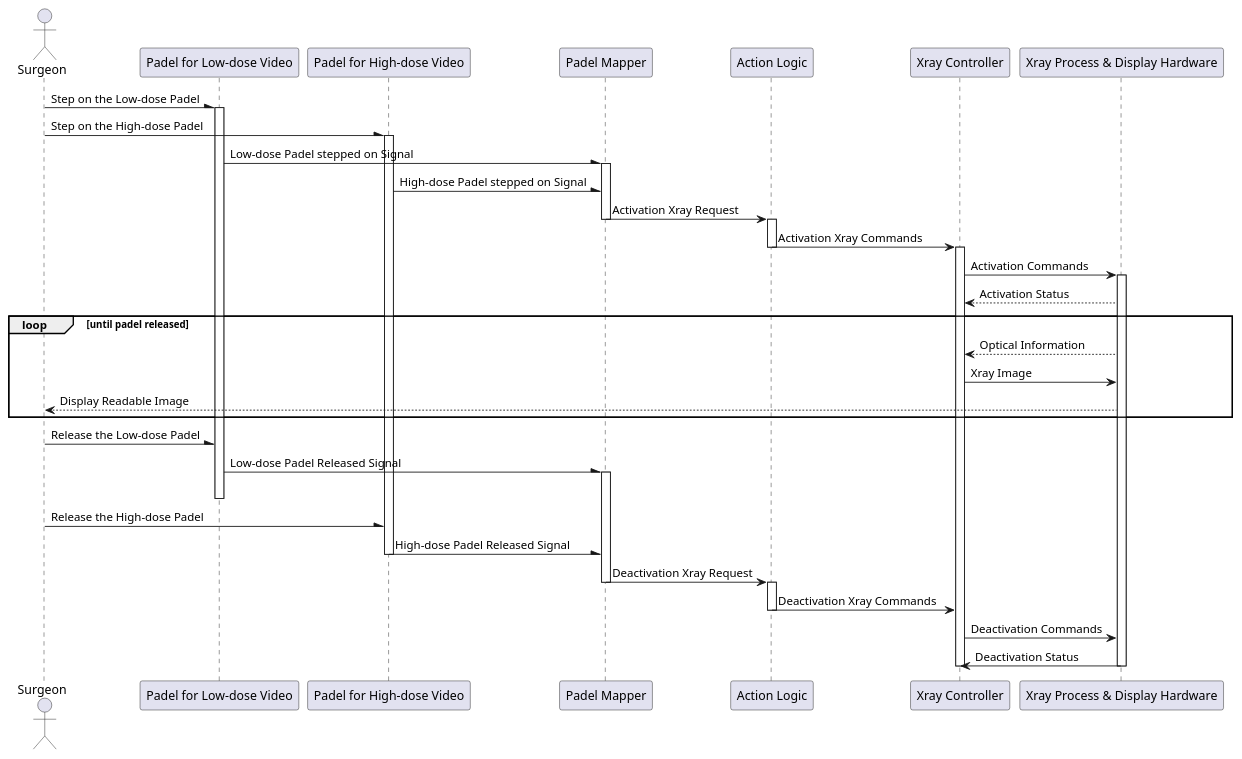
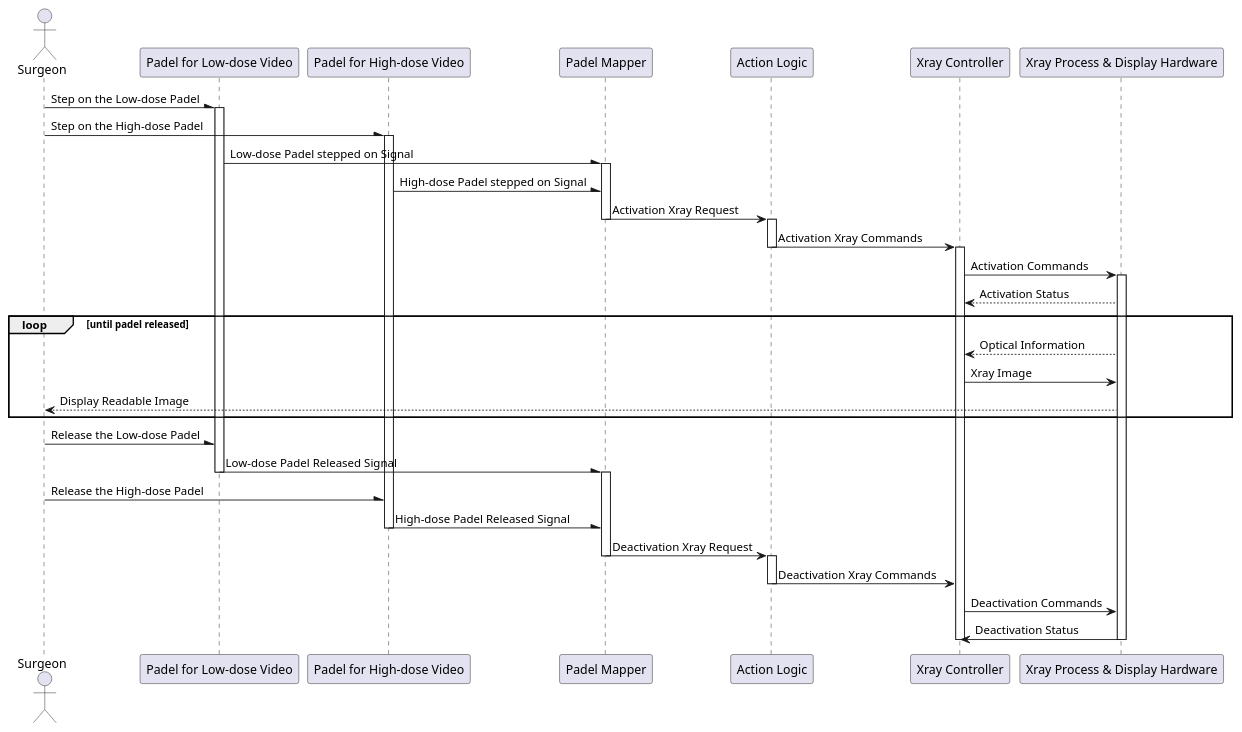
One commit to JCLLi/Software-System-Traning changed the diagram in sequence-pedal-2/src.puml. Above: the diagram before and after it, drawn with PlantUML. The commit also changed 6 other files, not shown here.

```diff
--- a/sequence-pedal-2/src.puml
+++ b/sequence-pedal-2/src.puml
@@ -1,59 +1,60 @@
 @startuml
 actor "Surgeon" as doctor
 participant "Padel for Low-dose Video" as padel1
 participant "Padel for High-dose Video" as padel2
 participant "Padel Mapper" as mapper
 participant "Action Logic" as logic
 participant "Xray Controller" as controller
 participant "Xray Process & Display Hardware" as rest
 
 doctor -\ padel1 : Step on the Low-dose Padel
 activate padel1
 doctor -\ padel2 : Step on the High-dose Padel
 activate padel2
 
 padel1 -\ mapper : Low-dose Padel stepped on Signal
 activate mapper
 padel2 -\ mapper : High-dose Padel stepped on Signal
 
 mapper -> logic : Activation Xray Request
 deactivate mapper
 activate logic
 
 logic -> controller : Activation Xray Commands
 deactivate logic
 activate controller
 
 controller -> rest : Activation Commands
 activate rest
 rest --> controller : Activation Status
 
 loop until padel released
 rest --> controller : Optical Information
 controller -> rest : Xray Image
 rest --> doctor : Display Readable Image
 end
 
 doctor -\ padel1 : Release the Low-dose Padel
 padel1 -\ mapper : Low-dose Padel Released Signal
+deactivate padel1
 activate mapper
-deactivate padel1
+
 doctor -\ padel2 : Release the High-dose Padel
 padel2 -\ mapper : High-dose Padel Released Signal
 deactivate padel2
 
 mapper -> logic : Deactivation Xray Request
 deactivate mapper
 activate logic
 
 logic -> controller : Deactivation Xray Commands
 deactivate logic
 
 controller -> rest : Deactivation Commands
 rest -> controller : Deactivation Status
 deactivate rest
 deactivate controller
 
 
 
 @enduml
```
